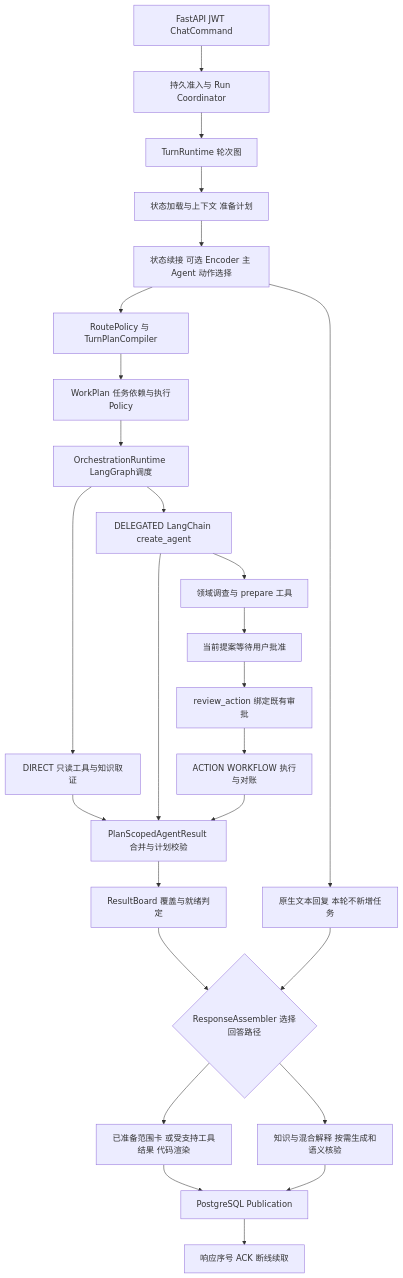
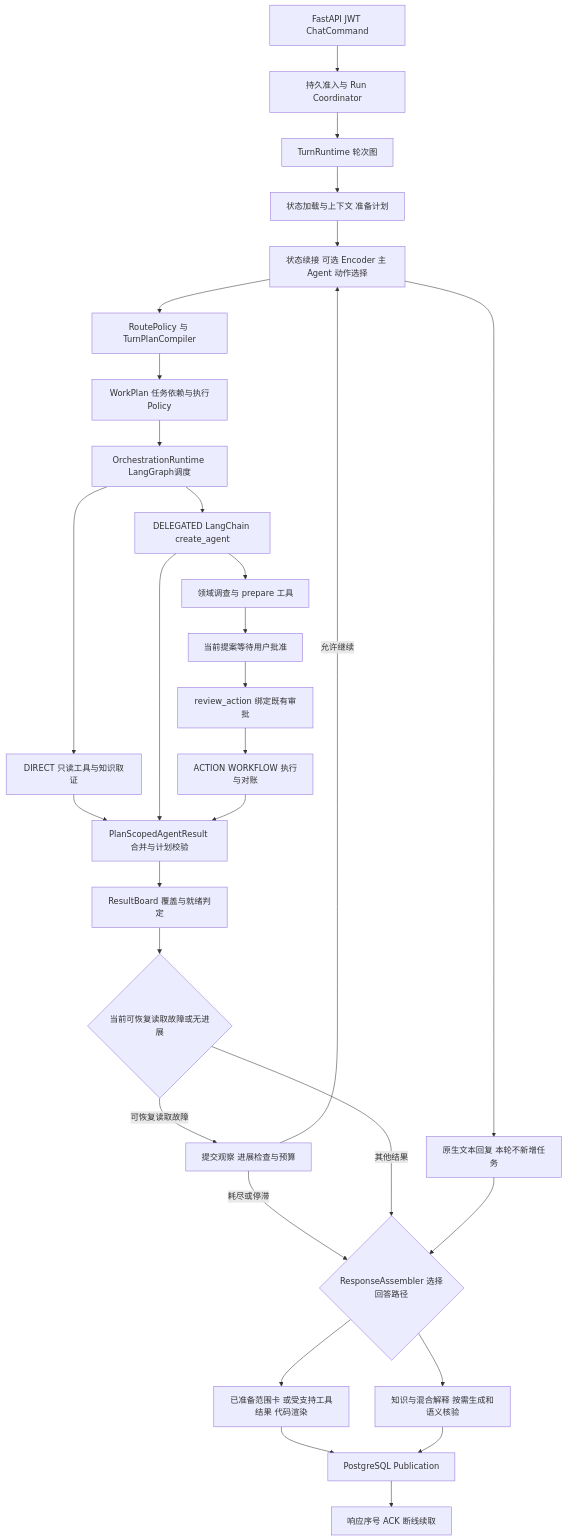
One commit to Garrulus21yyx/DialogPilot changed the diagram in docs/_includes/architecture-handbook-current.md. Above: the diagram before and after it, drawn with Mermaid. The commit also changed other lines of this file and 11 other files, not shown here.

````diff
--- a/docs/_includes/architecture-handbook-current.md
+++ b/docs/_includes/architecture-handbook-current.md
@@ -64,28 +64,32 @@
 ```mermaid
 flowchart TD
   HTTP[FastAPI JWT ChatCommand] --> RUN[持久准入与 Run Coordinator]
   RUN --> TURN[TurnRuntime 轮次图]
   TURN --> PREP[状态加载与上下文 准备计划]
   PREP --> UNDER[状态续接 可选 Encoder 主 Agent 动作选择]
   UNDER --> TEXT[原生文本回复 本轮不新增任务]
   UNDER --> POLICY[RoutePolicy 与 TurnPlanCompiler]
   POLICY --> PLAN[WorkPlan 任务依赖与执行Policy]
   PLAN --> WORK[OrchestrationRuntime LangGraph调度]
   WORK --> DIRECT[DIRECT 只读工具与知识取证]
   WORK --> DOMAIN[DELEGATED LangChain create_agent]
   DOMAIN --> PREPARE[领域调查与 prepare 工具]
   PREPARE --> WAIT[当前提案等待用户批准]
   WAIT --> DECISION[review_action 绑定既有审批]
   DECISION --> WRITE[ACTION WORKFLOW 执行与对账]
   DIRECT --> SCOPED[PlanScopedAgentResult 合并与计划校验]
   DOMAIN --> SCOPED
   WRITE --> SCOPED
   SCOPED --> BOARD[ResultBoard 覆盖与就绪判定]
-  BOARD --> RESPONSE{ResponseAssembler 选择回答路径}
+  BOARD --> FEEDBACK{当前可恢复读取故障或无进展}
+  FEEDBACK -->|可恢复读取故障| OBS[提交观察 进展检查与预算]
+  OBS -->|允许继续| UNDER
+  OBS -->|耗尽或停滞| RESPONSE
+  FEEDBACK -->|其他结果| RESPONSE{ResponseAssembler 选择回答路径}
   TEXT --> RESPONSE
   RESPONSE --> RENDER[已准备范围卡 或受支持工具结果 代码渲染]
   RESPONSE --> SEMANTIC[知识与混合解释 按需生成和语义核验]
   RENDER --> PUB[PostgreSQL Publication]
   SEMANTIC --> PUB
   PUB --> ACK[响应序号 ACK 断线续取]
 ```
````
